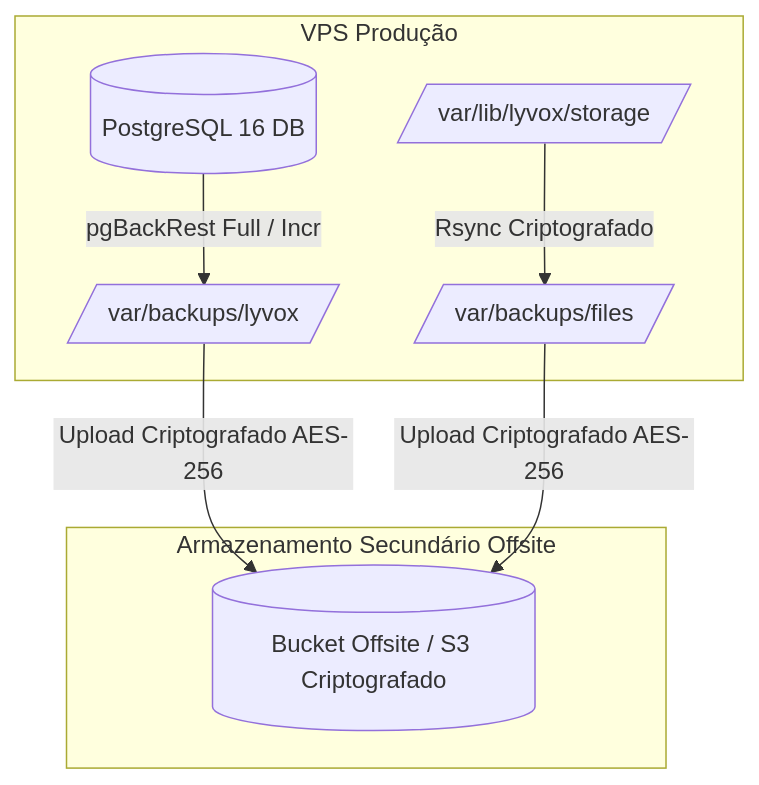
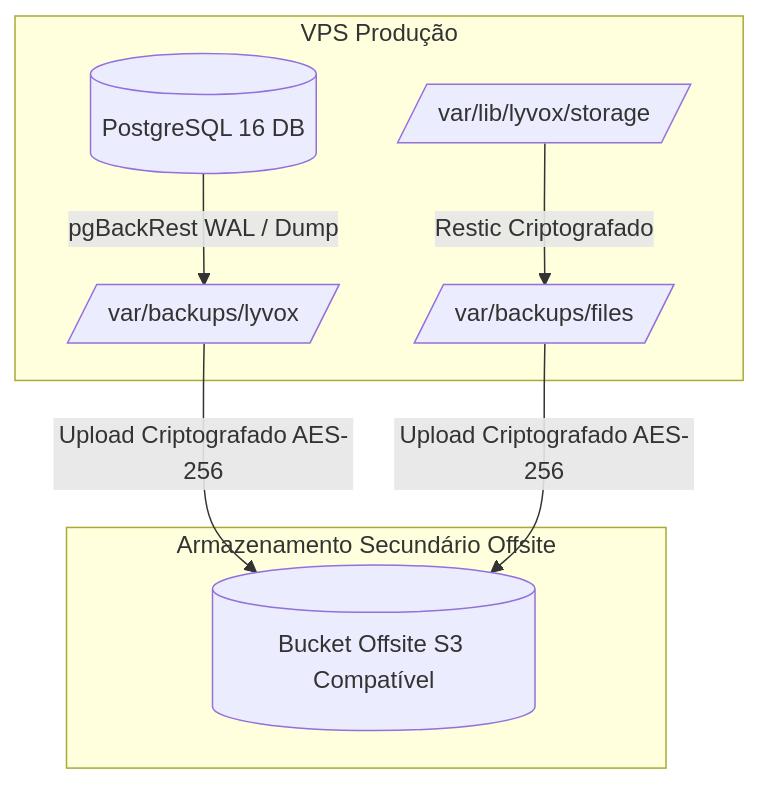
Before and after one commit to lyvoxconsult/lyvoxcorp: the diagram in docs/planejamento/19-BACKUP-RESTORE-DR-E-CONTINUIDADE.md, drawn with Mermaid. The commit also changed other lines of this file and 28 other files, not shown here.

````diff
--- a/docs/planejamento/19-BACKUP-RESTORE-DR-E-CONTINUIDADE.md
+++ b/docs/planejamento/19-BACKUP-RESTORE-DR-E-CONTINUIDADE.md
@@ -33,12 +33,12 @@
 ```mermaid
 graph TD
     subgraph Host_Producao[VPS Produção]
-        DB[(PostgreSQL 16 DB)] -->|pgBackRest Full / Incr| LocalBackup[/var/backups/lyvox/]
-        Storage[/var/lib/lyvox/storage/] -->|Rsync Criptografado| LocalFiles[/var/backups/files/]
+        DB[(PostgreSQL 16 DB)] -->|pgBackRest WAL / Dump| LocalBackup[/var/backups/lyvox/]
+        Storage[/var/lib/lyvox/storage/] -->|Restic Criptografado| LocalFiles[/var/backups/files/]
     end
 
     subgraph Offsite_Storage[Armazenamento Secundário Offsite]
-        LocalBackup -->|Upload Criptografado AES-256| OffsiteBucket[(Bucket Offsite / S3 Criptografado)]
+        LocalBackup -->|Upload Criptografado AES-256| OffsiteBucket[(Bucket Offsite S3 Compatível)]
         LocalFiles -->|Upload Criptografado AES-256| OffsiteBucket
     end
 ```
````
